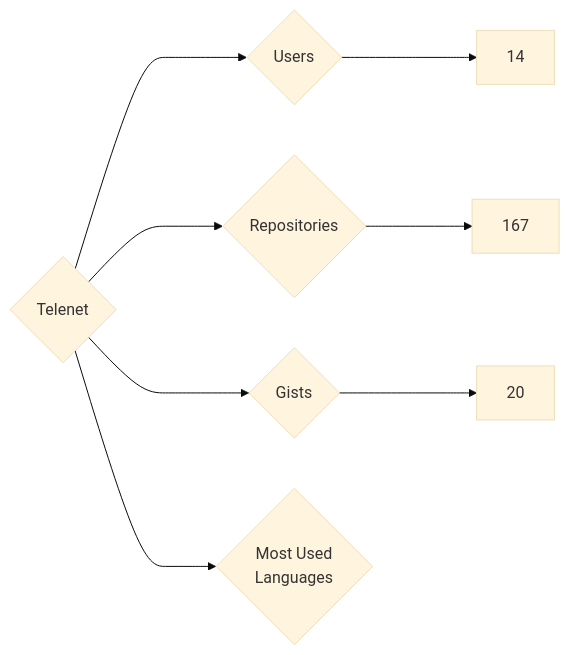
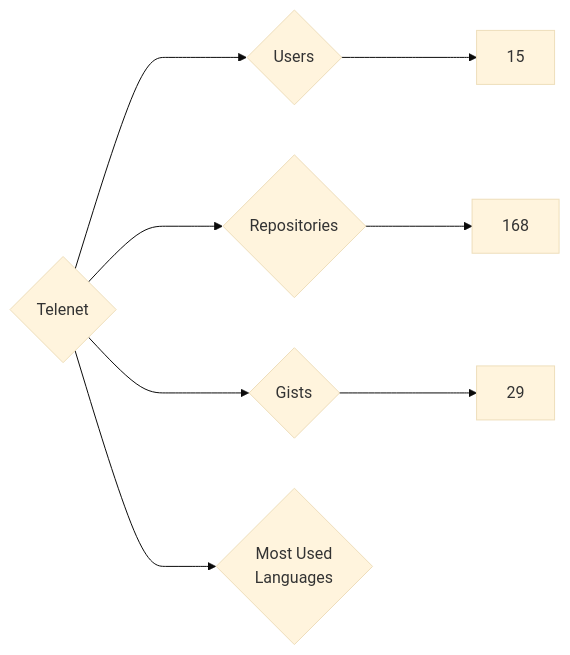
One commit to nenadzaric/insiders changed the diagram in targets/Telenet/README.md. Above: the diagram before and after it, drawn with Mermaid (base theme). The commit also changed 1342 other files, not shown here.

````diff
--- a/targets/Telenet/README.md
+++ b/targets/Telenet/README.md
@@ -3,8 +3,8 @@
 ```mermaid
 graph LR
 COMPANY_NAME{Telenet}
-COMPANY_NAME ---> U{Users} ---> UN[14]
-COMPANY_NAME ---> R{Repositories} ---> RN[167]
-COMPANY_NAME ---> G{Gists} ---> GN[20]
+COMPANY_NAME ---> U{Users} ---> UN[15]
+COMPANY_NAME ---> R{Repositories} ---> RN[168]
+COMPANY_NAME ---> G{Gists} ---> GN[29]
 COMPANY_NAME ---> ML{Most Used<br>Languages}
 ```
````
